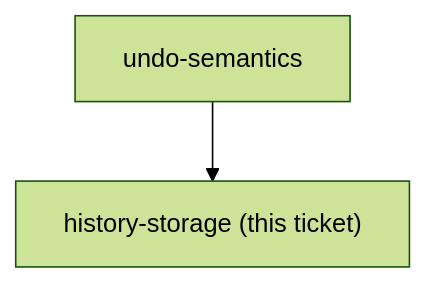
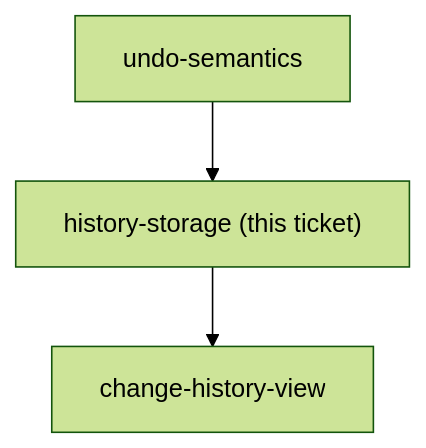
One commit to ThodsaphonSonthiphin/MenuNest changed the diagram in docs/decision-map/shortcut-rail-106/tickets/history-storage.md. Above: the diagram before and after it, drawn with Mermaid (forest theme). The commit also changed 6 other files, not shown here.

````diff
--- a/docs/decision-map/shortcut-rail-106/tickets/history-storage.md
+++ b/docs/decision-map/shortcut-rail-106/tickets/history-storage.md
@@ -16,5 +16,6 @@
 ```mermaid
 graph TD
     ME["history-storage (this ticket)"]
     P0["undo-semantics"] --> ME
+    ME --> C0["change-history-view"]
 ```
````
